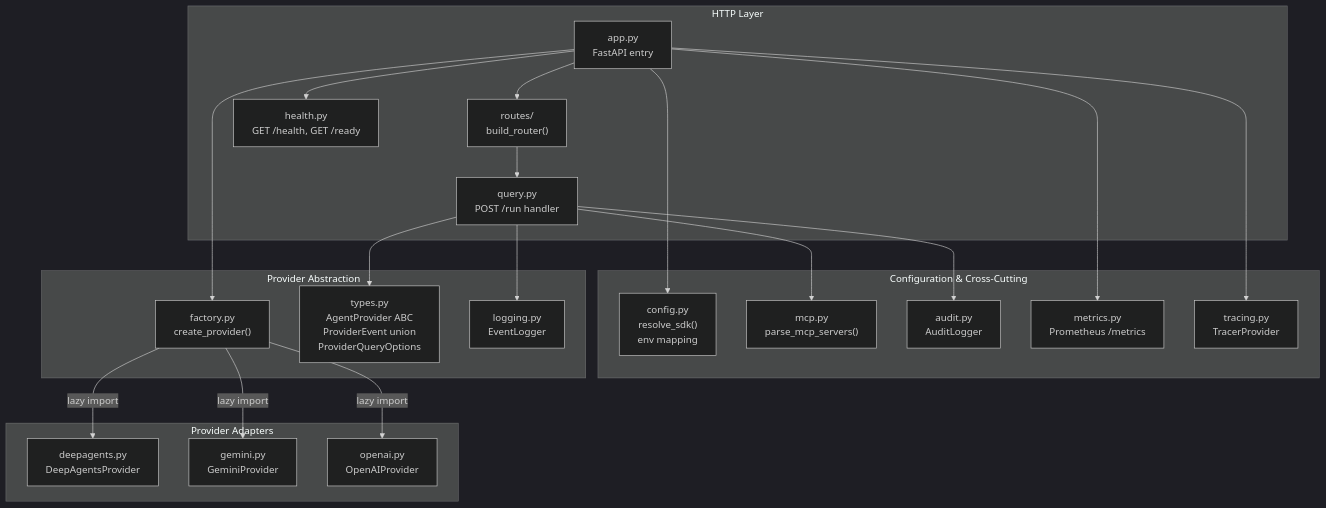
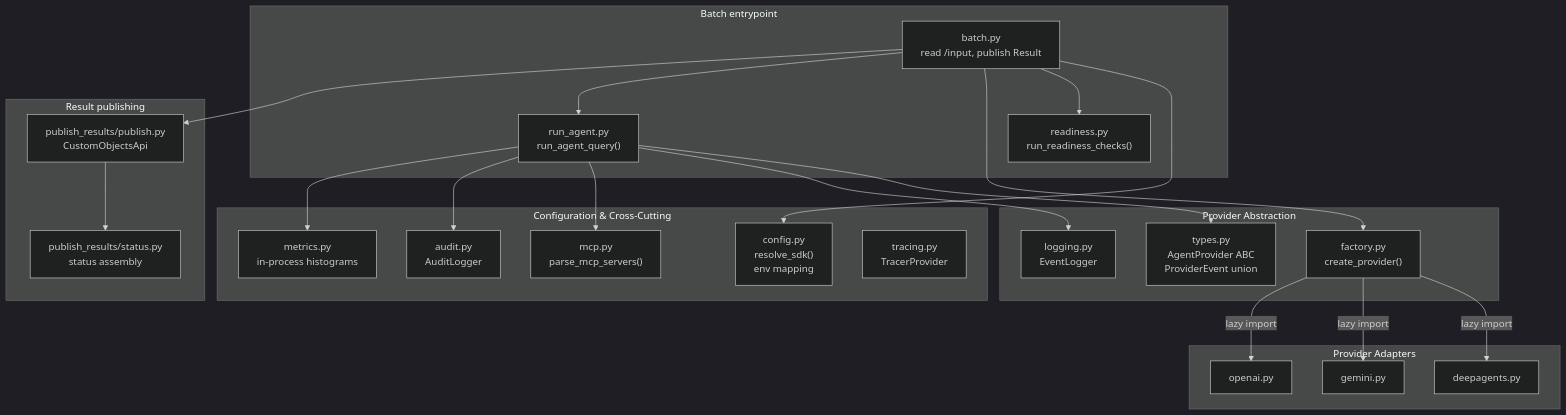
The second of 4 diagrams in ARCHITECTURE.md (blublinsky/lightspeed-agentic-sandbox), drawn with Mermaid (dark theme) before and after one commit. The commit also changed other lines of this file and 53 other files, not shown here.

Commit message:
OLS-3066: Migrate sandbox to batch entrypoint (no HTTP server)

````diff
--- a/ARCHITECTURE.md
+++ b/ARCHITECTURE.md
@@ -30,44 +33,48 @@
 ```mermaid
 graph TD
-    subgraph "HTTP Layer"
-        App["app.py<br/>FastAPI entry"]
-        Router["routes/<br/>build_router()"]
-        Query["query.py<br/>POST /run handler"]
-        Health["health.py<br/>GET /health, GET /ready"]
+    subgraph "Batch entrypoint"
+        Batch["batch.py<br/>read /input, publish Result"]
+        RunAgent["run_agent.py<br/>run_agent_query()"]
+        Readiness["readiness.py<br/>run_readiness_checks()"]
     end
 
     subgraph "Configuration & Cross-Cutting"
         Config["config.py<br/>resolve_sdk()<br/>env mapping"]
         MCP["mcp.py<br/>parse_mcp_servers()"]
         Audit["audit.py<br/>AuditLogger"]
-        Metrics["metrics.py<br/>Prometheus /metrics"]
+        Metrics["metrics.py<br/>in-process histograms"]
         Tracing["tracing.py<br/>TracerProvider"]
+    end
+
+    subgraph "Result publishing"
+        Publish["publish_results/publish.py<br/>CustomObjectsApi"]
+        Status["publish_results/status.py<br/>status assembly"]
     end
 
     subgraph "Provider Abstraction"
         Factory["factory.py<br/>create_provider()"]
-        Types["types.py<br/>AgentProvider ABC<br/>ProviderEvent union<br/>ProviderQueryOptions"]
+        Types["types.py<br/>AgentProvider ABC<br/>ProviderEvent union"]
         Logger["logging.py<br/>EventLogger"]
     end
 
     subgraph "Provider Adapters"
-        DeepAgentsP["deepagents.py<br/>DeepAgentsProvider"]
-        GeminiP["gemini.py<br/>GeminiProvider"]
-        OpenAIP["openai.py<br/>OpenAIProvider"]
+        DeepAgentsP["deepagents.py"]
+        GeminiP["gemini.py"]
+        OpenAIP["openai.py"]
     end
 
-    App --> Config
-    App --> Factory
-    App --> Router
-    App --> Metrics
-    App --> Tracing
-    Router --> Query
-    App --> Health
-    Query --> Types
-    Query --> Logger
-    Query --> MCP
-    Query --> Audit
+    Batch --> Config
+    Batch --> Readiness
+    Batch --> Factory
+    Batch --> RunAgent
+    Batch --> Publish
+  Publish --> Status
+    RunAgent --> Types
+    RunAgent --> Logger
+    RunAgent --> MCP
+    RunAgent --> Audit
+    RunAgent --> Metrics
     Factory -->|lazy import| DeepAgentsP
     Factory -->|lazy import| GeminiP
     Factory -->|lazy import| OpenAIP
 ```
````
